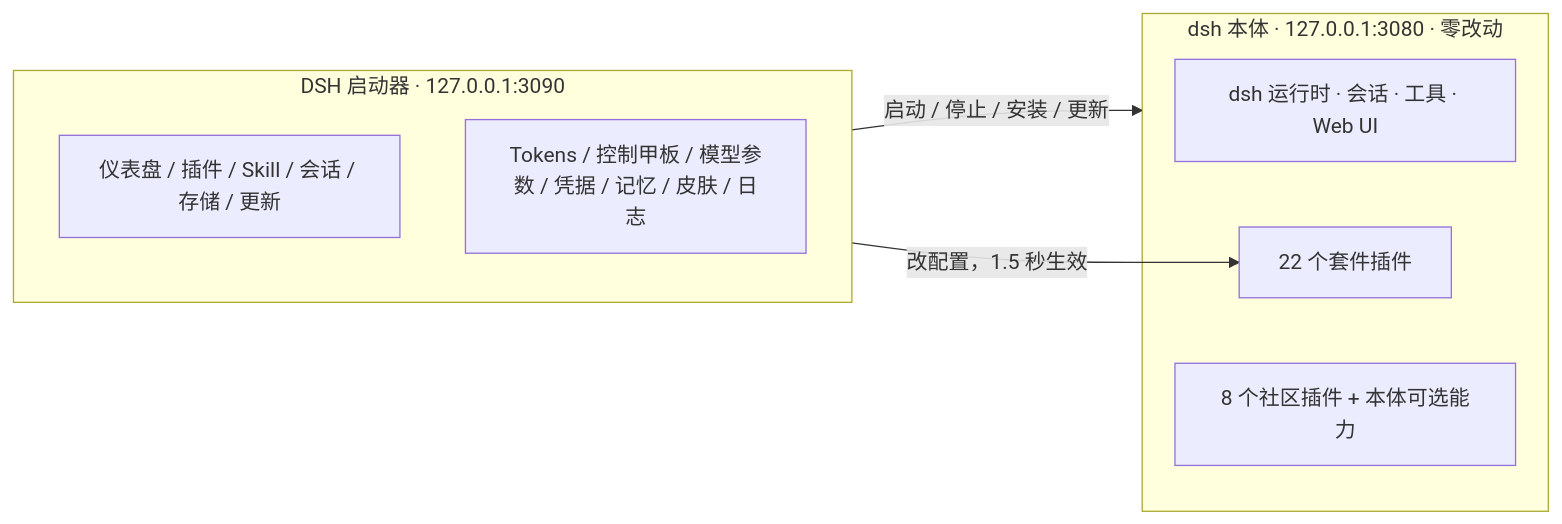
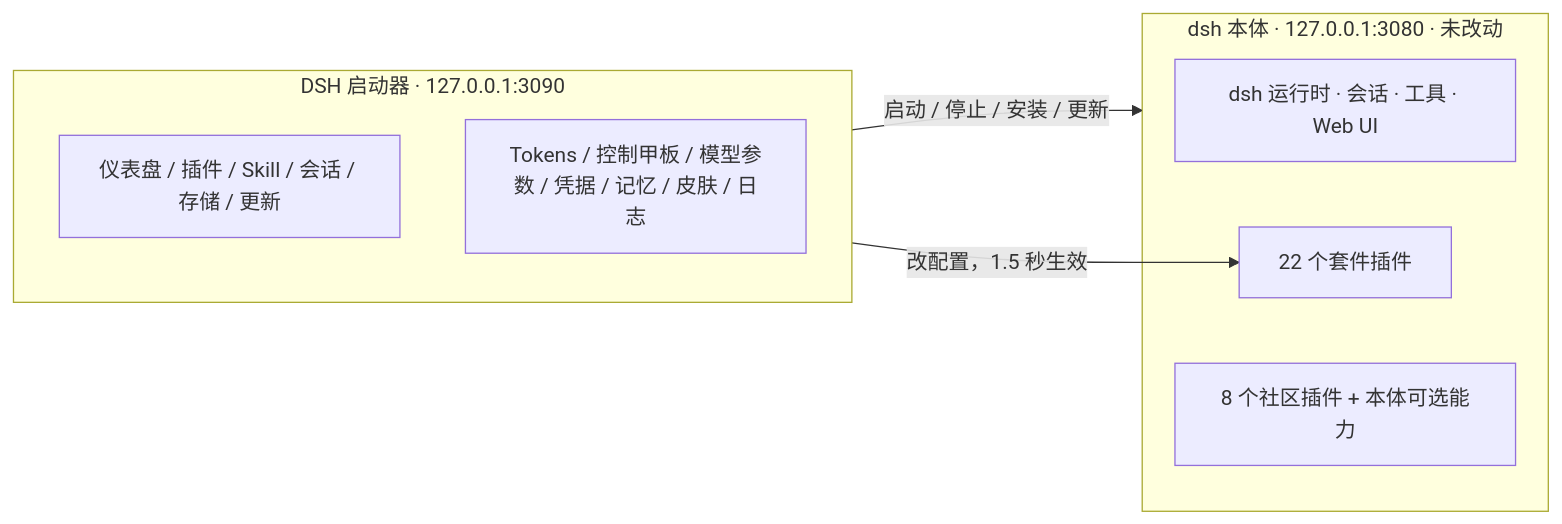
Before and after one commit to WZZNNE/DSH-CyberWorkStation: the first of 2 diagrams in README.zh.md, drawn with Mermaid. The commit also changed other lines of this file and 85 other files, not shown here.

````diff
--- a/README.zh.md
+++ b/README.zh.md
@@ -83,14 +55,14 @@
 ```mermaid
 flowchart LR
   subgraph L["DSH 启动器 · 127.0.0.1:3090"]
     L1["仪表盘 / 插件 / Skill / 会话 / 存储 / 更新"]
     L2["Tokens / 控制甲板 / 模型参数 / 凭据 / 记忆 / 皮肤 / 日志"]
   end
-  subgraph D["dsh 本体 · 127.0.0.1:3080 · 零改动"]
+  subgraph D["dsh 本体 · 127.0.0.1:3080 · 未改动"]
     D0["dsh 运行时 · 会话 · 工具 · Web UI"]
     D1["22 个套件插件"]
     D2["8 个社区插件 + 本体可选能力"]
   end
   L -- "启动 / 停止 / 安装 / 更新" --> D
   L -- "改配置，1.5 秒生效" --> D1
 ```
````
